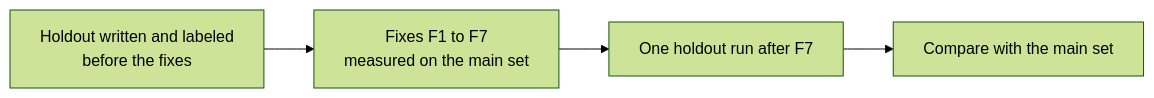
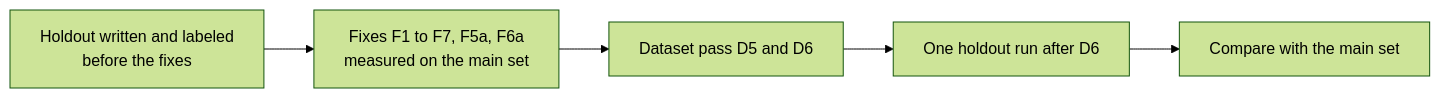
Before and after one commit to neoncircuit/job-raider: the diagram in apps/backend-py/tests/fixtures/eval/grounding_holdout/README.md, drawn with Mermaid (forest theme). The commit also changed other lines of this file and 2 other files, not shown here.

Commit message:
docs(tasks): record decisions after F4 to F7 and hand F5a and F6a to Cursor
Decisions: rework the scope and fabricated-experience checks (F5a and
F6a) before D5 and D6, and add hard negatives to the D5 rewrite. The
handoff lists each failure class from the review with the required
behavior, a validator test for the F6 wiring, a rewrite of the tests
that reuse main-set sentences, and two small items (S1). Test sentences
and names must be new. The holdout README now names F5a and F6a.

````diff
--- a/apps/backend-py/tests/fixtures/eval/grounding_holdout/README.md
+++ b/apps/backend-py/tests/fixtures/eval/grounding_holdout/README.md
@@ -5,6 +5,7 @@
 ```mermaid
 flowchart LR
-    W[Holdout written and labeled<br/>before the fixes] --> F[Fixes F1 to F7<br/>measured on the main set]
-    F --> R[One holdout run after F7]
+    W[Holdout written and labeled<br/>before the fixes] --> F[Fixes F1 to F7, F5a, F6a<br/>measured on the main set]
+    F --> D[Dataset pass D5 and D6]
+    D --> R[One holdout run after D6]
     R --> C[Compare with the main set]
 ```
````
